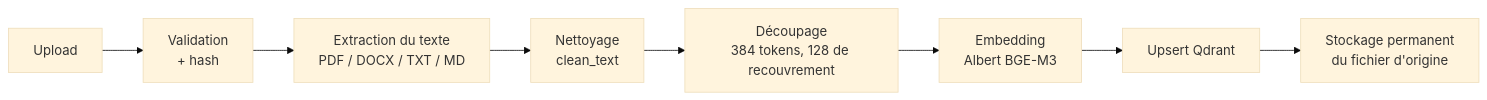
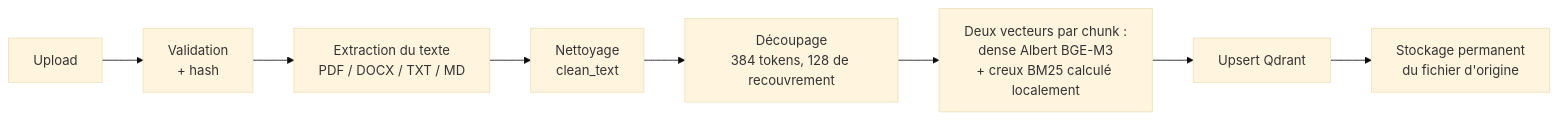
The second of 2 diagrams in Docs/fonctionnalites/base-de-connaissances.md (ThomasHWD/TicketAI), drawn with Mermaid (base theme) before and after one commit. The commit also changed other lines of this file and 4 other files, not shown here.

````diff
--- a/Docs/fonctionnalites/base-de-connaissances.md
+++ b/Docs/fonctionnalites/base-de-connaissances.md
@@ -80,10 +80,10 @@
 ```mermaid
 flowchart LR
     A[Upload] --> B[Validation<br/>+ hash]
     B --> C[Extraction du texte<br/>PDF / DOCX / TXT / MD]
     C --> D[Nettoyage<br/>clean_text]
     D --> E[Découpage<br/>384 tokens, 128 de recouvrement]
-    E --> F[Embedding<br/>Albert BGE-M3]
+    E --> F[Deux vecteurs par chunk :<br/>dense Albert BGE-M3<br/>+ creux BM25 calculé localement]
     F --> G[Upsert Qdrant]
     G --> H[Stockage permanent<br/>du fichier d'origine]
 ```
````
